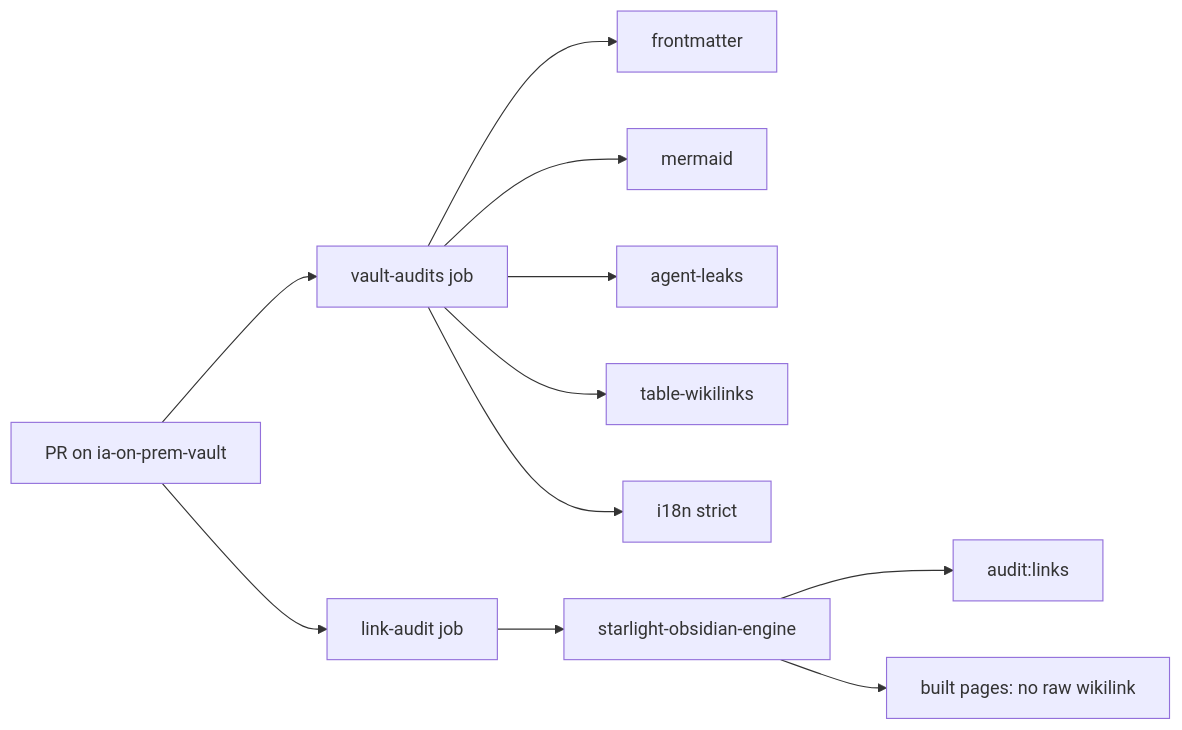
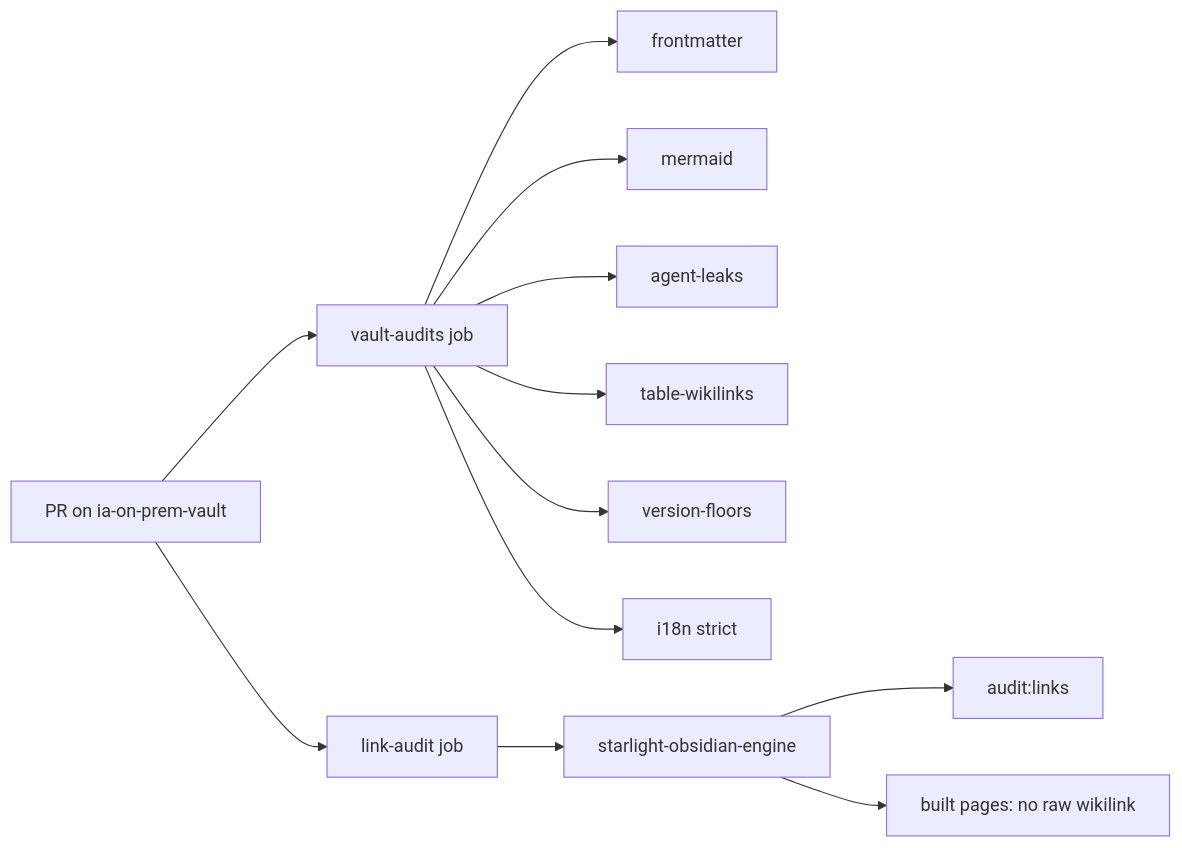
One commit to DamienBecherini/ia-on-prem-vault changed the diagram in docs/quality-checks.md. Above: the diagram before and after it, drawn with Mermaid. The commit also changed other lines of this file and 4 other files, not shown here.

Commit message:
chore(ci): check that version floors match the guide (#73)

````diff
--- a/docs/quality-checks.md
+++ b/docs/quality-checks.md
@@ -17,13 +17,14 @@
 ```mermaid
 flowchart LR
   PR[PR on ia-on-prem-vault] --> VA[vault-audits job]
   PR --> LA[link-audit job]
   VA --> T1[frontmatter]
   VA --> T2[mermaid]
   VA --> T3[agent-leaks]
   VA --> T5[table-wikilinks]
+  VA --> T6[version-floors]
   VA --> T4[i18n strict]
   LA --> ENG[starlight-obsidian-engine]
   ENG --> LINKS[audit:links]
   ENG --> RENDER[built pages: no raw wikilink]
 ```
````
